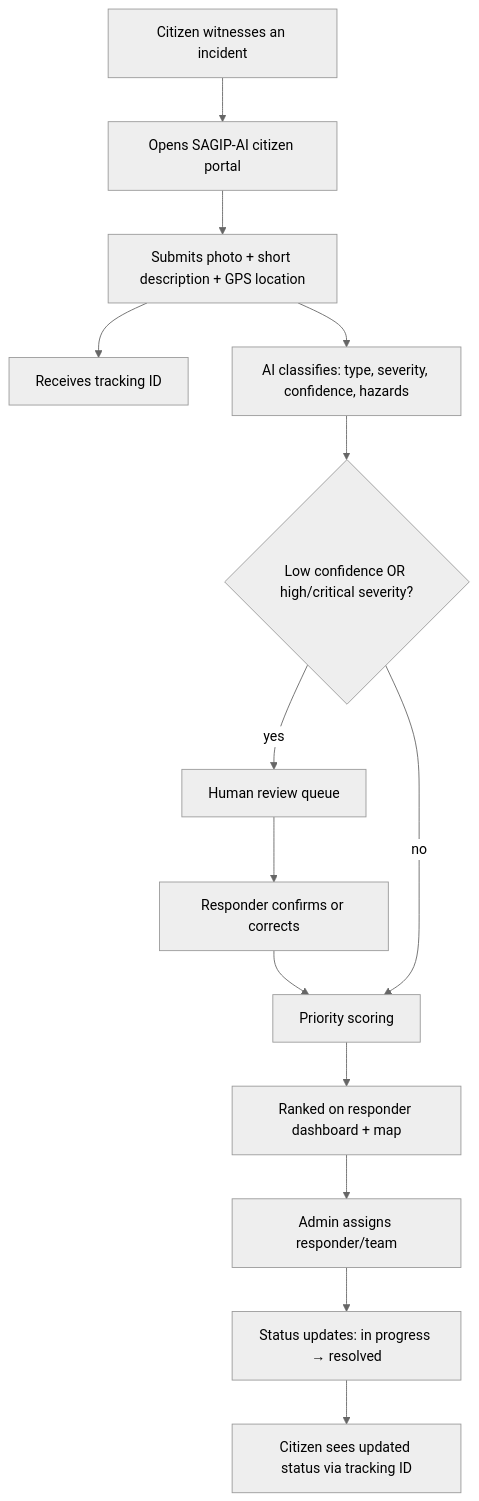
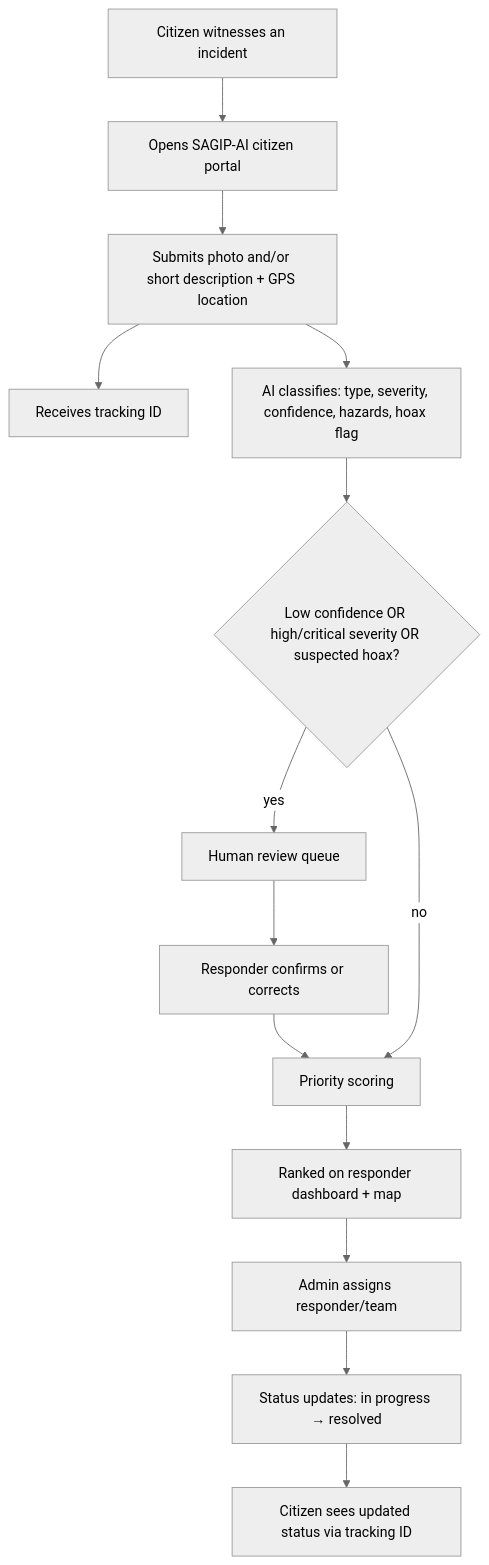
Before and after one commit to helidastar/SAGIP-AI: the first of 8 diagrams in docs/DOCUMENTATION.md, drawn with Mermaid (neutral theme). The commit also changed other lines of this file and 7 other files, not shown here.

````diff
--- a/docs/DOCUMENTATION.md
+++ b/docs/DOCUMENTATION.md
@@ -137,16 +138,16 @@
 ```mermaid
 flowchart TD
     A[Citizen witnesses an incident] --> B[Opens SAGIP-AI citizen portal]
-    B --> C["Submits photo + short description + GPS location"]
+    B --> C["Submits photo and/or short description + GPS location"]
     C --> D[Receives tracking ID]
-    C --> E[AI classifies: type, severity, confidence, hazards]
-    E --> F{"Low confidence OR high/critical severity?"}
+    C --> E[AI classifies: type, severity, confidence, hazards, hoax flag]
+    E --> F{"Low confidence OR high/critical severity OR suspected hoax?"}
     F -- yes --> G[Human review queue]
     G --> H[Responder confirms or corrects]
     H --> I[Priority scoring]
     F -- no --> I
     I --> J[Ranked on responder dashboard + map]
     J --> K[Admin assigns responder/team]
     K --> L[Status updates: in progress → resolved]
     L --> M[Citizen sees updated status via tracking ID]
 ```
````
